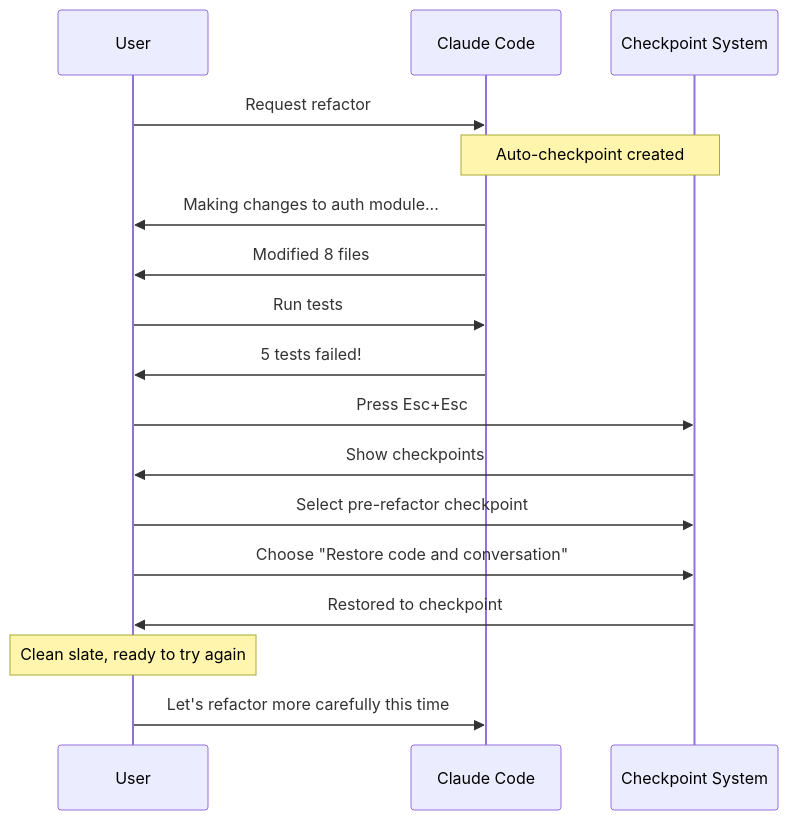
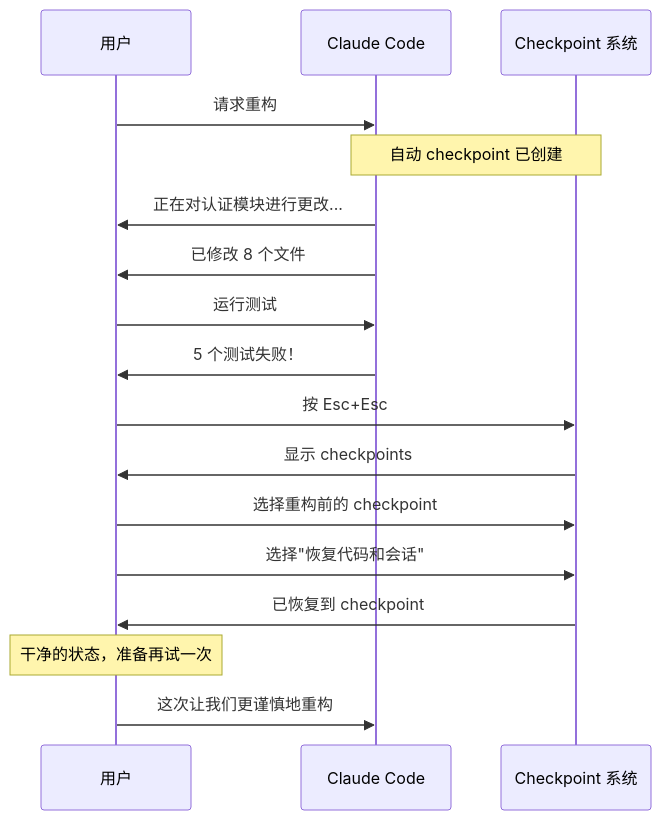
Before and after one commit to hellojoju/claude-code-lesson: the second of 7 diagrams in 08-checkpoints/README.md, drawn with Mermaid. The commit also changed other lines of this file and 9 other files, not shown here.

````diff
--- a/08-checkpoints/README.md
+++ b/08-checkpoints/README.md
@@ -259,26 +259,26 @@
 ```mermaid
 sequenceDiagram
-    participant U as User
+    participant U as 用户
     participant C as Claude Code
-    participant CP as Checkpoint System
+    participant CP as Checkpoint 系统
     
-    U->>C: Request refactor
-    Note over C,CP: Auto-checkpoint created
+    U->>C: 请求重构
+    Note over C,CP: 自动 checkpoint 已创建
     
-    C->>U: Making changes to auth module...
-    C->>U: Modified 8 files
+    C->>U: 正在对认证模块进行更改...
+    C->>U: 已修改 8 个文件
     
-    U->>C: Run tests
-    C->>U: 5 tests failed!
+    U->>C: 运行测试
+    C->>U: 5 个测试失败！
     
-    U->>CP: Press Esc+Esc
-    CP->>U: Show checkpoints
+    U->>CP: 按 Esc+Esc
+    CP->>U: 显示 checkpoints
     
-    U->>CP: Select pre-refactor checkpoint
-    U->>CP: Choose "Restore code and conversation"
+    U->>CP: 选择重构前的 checkpoint
+    U->>CP: 选择"恢复代码和会话"
     
-    CP->>U: Restored to checkpoint
-    Note over U: Clean slate, ready to try again
+    CP->>U: 已恢复到 checkpoint
+    Note over U: 干净的状态，准备再试一次
     
-    U->>C: Let's refactor more carefully this time
+    U->>C: 这次让我们更谨慎地重构
 ```
````
